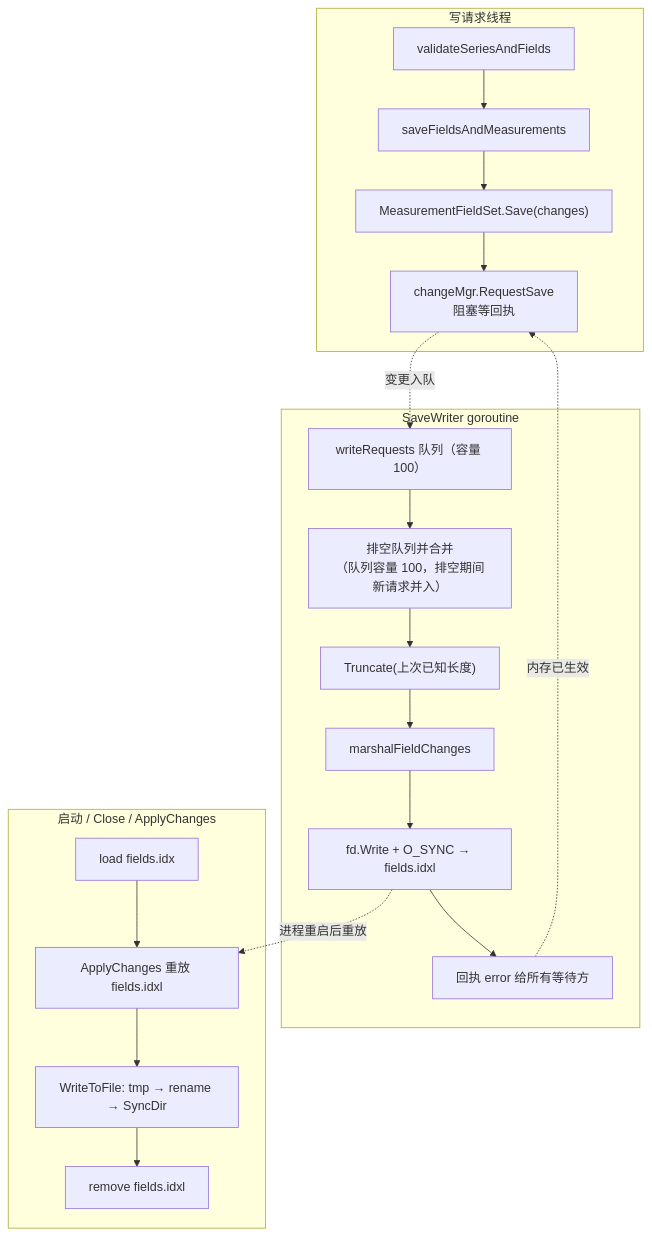
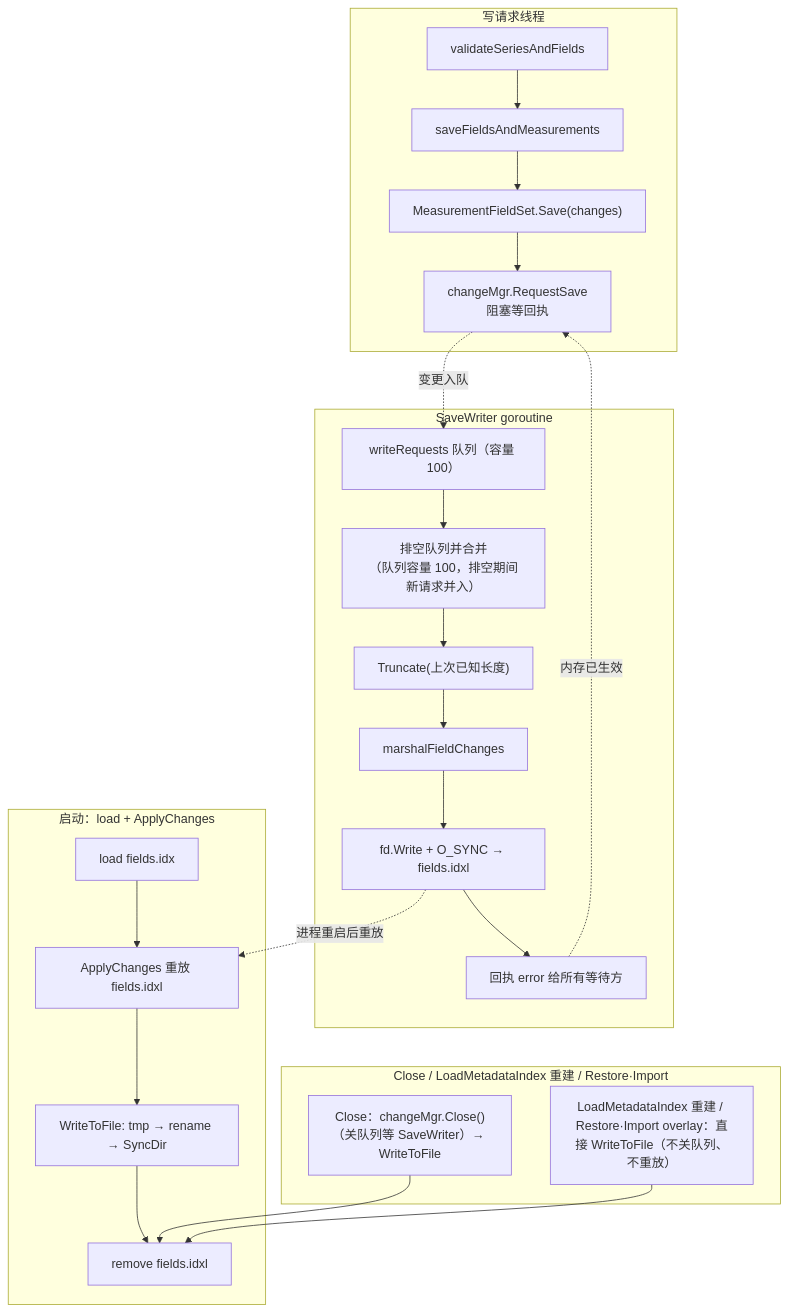
Diagram 14 of 15 in docs/specs/06_cluster_communication_spec.md (stefanv5/influxdb), drawn with Mermaid before and after one commit. The commit also changed other lines of this file and 18 other files, not shown here.

````diff
--- a/docs/specs/06_cluster_communication_spec.md
+++ b/docs/specs/06_cluster_communication_spec.md
@@ -2364,23 +2364,29 @@
 ```mermaid
 flowchart TD
     subgraph W["写请求线程"]
         W1["validateSeriesAndFields"] --> W2["saveFieldsAndMeasurements"]
         W2 --> W3["MeasurementFieldSet.Save(changes)"]
         W3 --> W4["changeMgr.RequestSave<br/>阻塞等回执"]
     end
     subgraph S["SaveWriter goroutine"]
         S1["writeRequests 队列（容量 100）"] --> S2["排空队列并合并<br/>（队列容量 100，排空期间新请求并入）"]
         S2 --> S3["Truncate(上次已知长度)"]
         S3 --> S4["marshalFieldChanges"]
         S4 --> S5["fd.Write + O_SYNC → fields.idxl"]
         S5 --> S6["回执 error 给所有等待方"]
     end
-    subgraph L["启动 / Close / ApplyChanges"]
+    subgraph L["启动：load + ApplyChanges"]
         L1["load fields.idx"] --> L2["ApplyChanges 重放 fields.idxl"]
         L2 --> L3["WriteToFile: tmp → rename → SyncDir"]
         L3 --> L4["remove fields.idxl"]
     end
+    subgraph C["Close / LoadMetadataIndex 重建 / Restore·Import"]
+        C1["Close：changeMgr.Close()（关队列等 SaveWriter）→ WriteToFile"]
+        C2["LoadMetadataIndex 重建 / Restore·Import overlay：直接 WriteToFile（不关队列、不重放）"]
+    end
+    C1 --> L4
+    C2 --> L4
     W4 -.->|"变更入队"| S1
     S6 -.->|"内存已生效"| W4
     S5 -.->|"进程重启后重放"| L2
 ```
````
